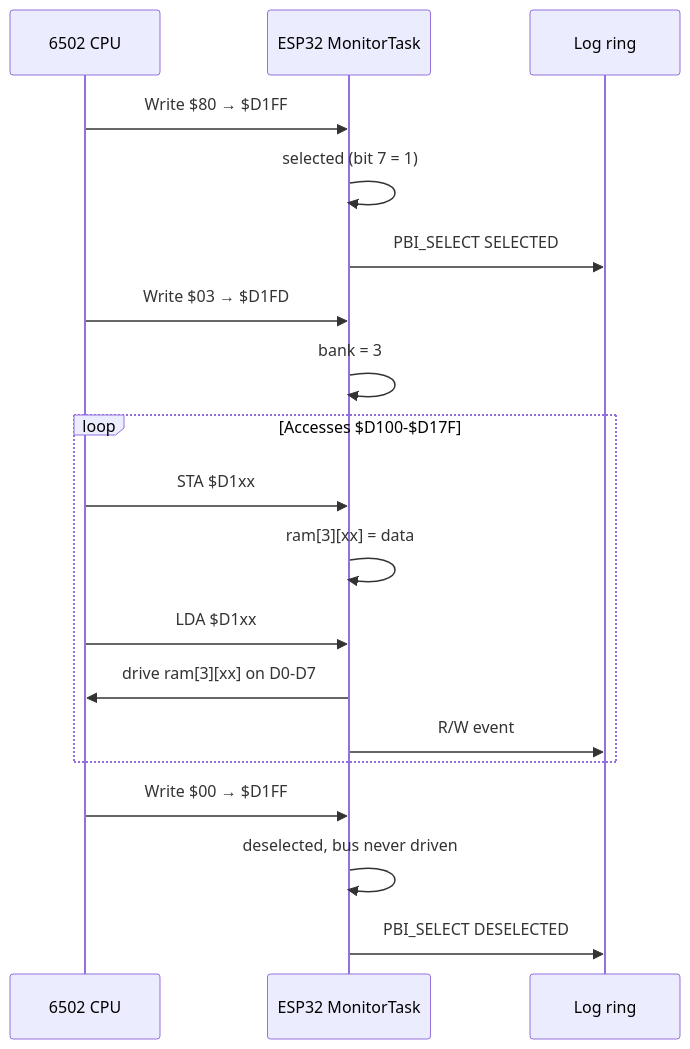
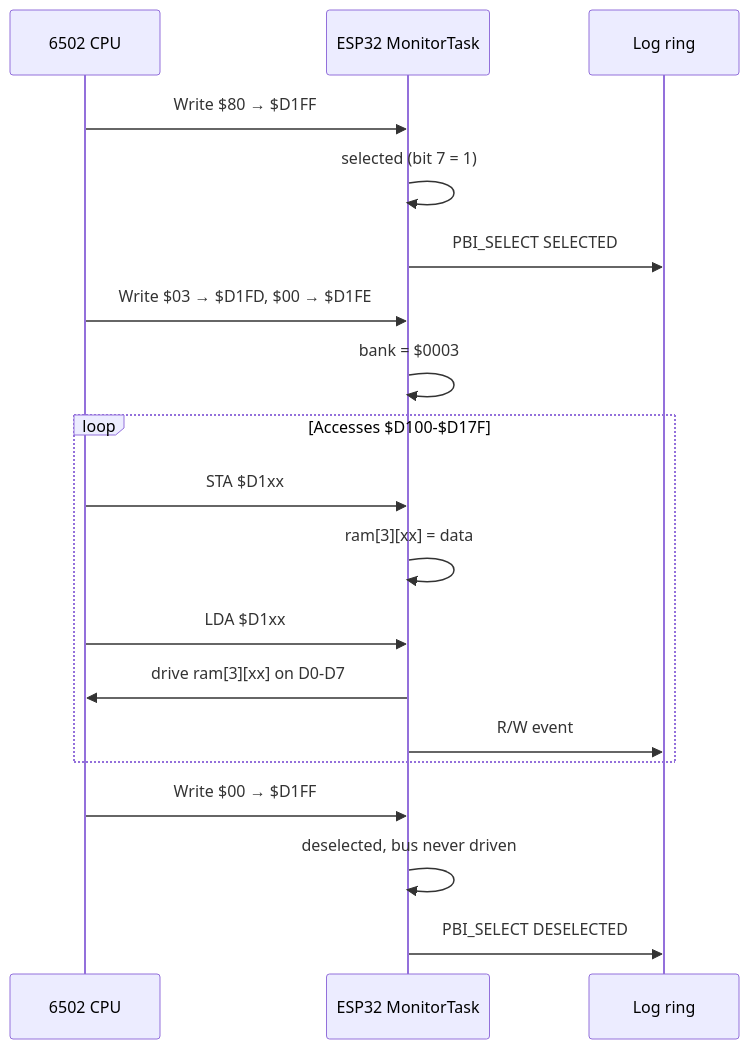
The third of 4 diagrams in README_EN.md (gianlucarenzi/ESP32-BOBOARD-5V), drawn with Mermaid before and after one commit. The commit also changed other lines of this file and 9 other files, not shown here.

````diff
--- a/README_EN.md
+++ b/README_EN.md
@@ -345,24 +348,24 @@
 ```mermaid
 sequenceDiagram
     participant CPU as 6502 CPU
     participant ESP as ESP32 MonitorTask
     participant L  as Log ring
 
     CPU->>ESP: Write $80 → $D1FF
     ESP->>ESP: selected (bit 7 = 1)
     ESP->>L: PBI_SELECT SELECTED
 
-    CPU->>ESP: Write $03 → $D1FD
-    ESP->>ESP: bank = 3
+    CPU->>ESP: Write $03 → $D1FD, $00 → $D1FE
+    ESP->>ESP: bank = $0003
     loop Accesses $D100-$D17F
         CPU->>ESP: STA $D1xx
         ESP->>ESP: ram[3][xx] = data
         CPU->>ESP: LDA $D1xx
         ESP->>CPU: drive ram[3][xx] on D0-D7
         ESP->>L: R/W event
     end
 
     CPU->>ESP: Write $00 → $D1FF
     ESP->>ESP: deselected, bus never driven
     ESP->>L: PBI_SELECT DESELECTED
 ```
````
